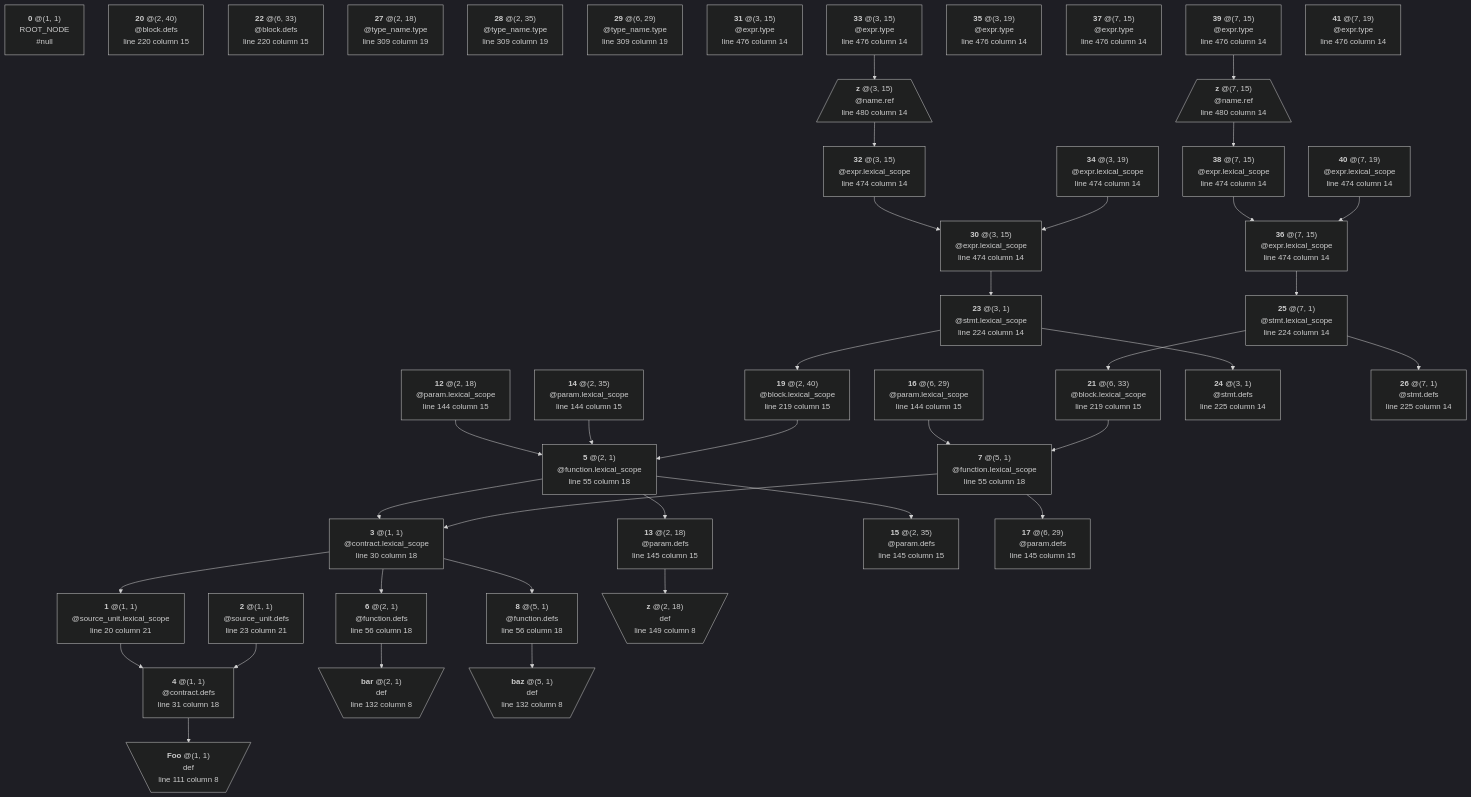
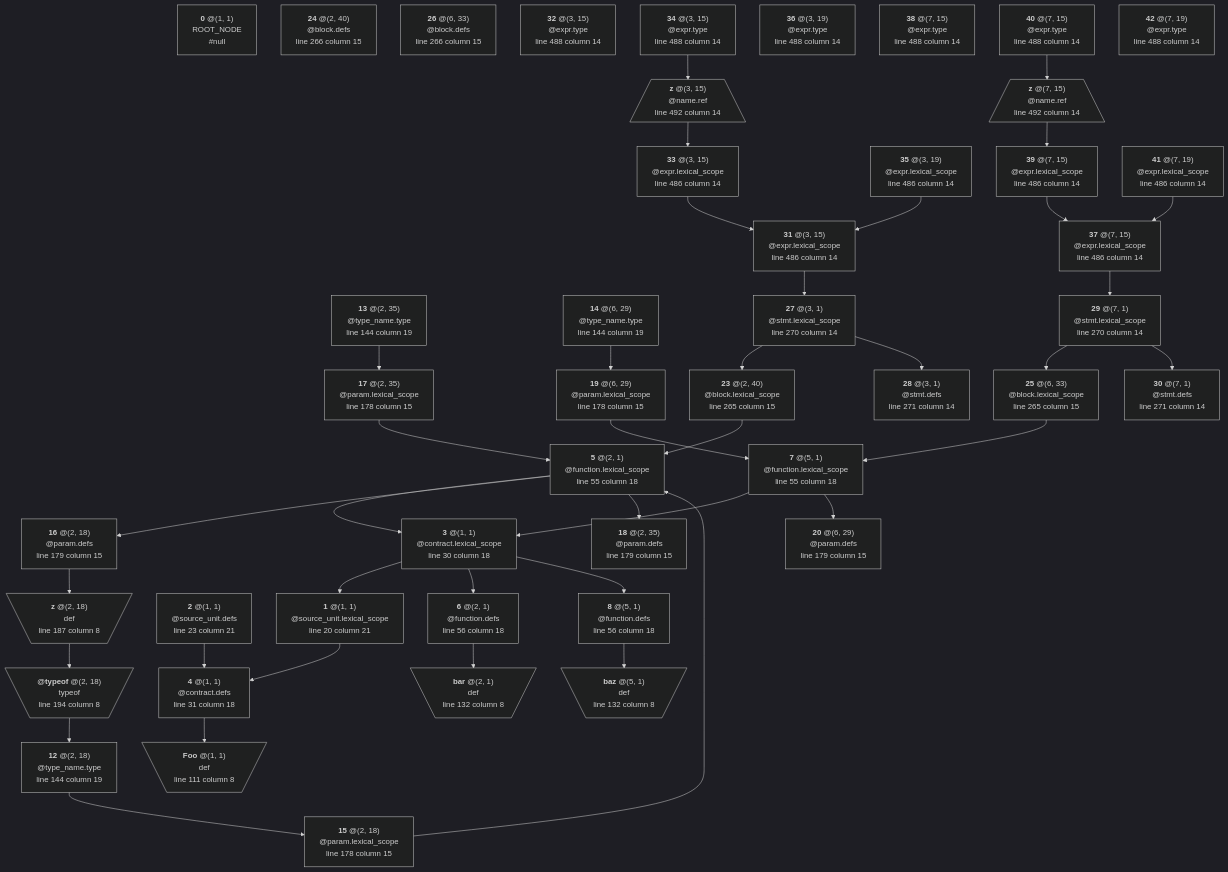
Before and after one commit to manastech/slang: the diagram in crates/solidity/testing/snapshots/bindings_output/lexical/generated/params.sol-0.5.0.mmd, drawn with Mermaid (dark theme). The commit also changed 16 other files, not shown here.

```diff
--- a/crates/solidity/testing/snapshots/bindings_output/lexical/generated/params.sol-0.5.0.mmd
+++ b/crates/solidity/testing/snapshots/bindings_output/lexical/generated/params.sol-0.5.0.mmd
@@ -1,166 +1,174 @@
 graph TD
 	N0["`**0** @(1, 1)
 ROOT_NODE
 #null`"]
 	N1["`**1** @(1, 1)
 @source_unit.lexical_scope
 line 20 column 21`"]
 	N1 --> N4
 	N2["`**2** @(1, 1)
 @source_unit.defs
 line 23 column 21`"]
 	N2 --> N4
 	N3["`**3** @(1, 1)
 @contract.lexical_scope
 line 30 column 18`"]
 	N3 --> N1
 	N3 --> N6
 	N3 --> N8
 	N4["`**4** @(1, 1)
 @contract.defs
 line 31 column 18`"]
 	N4 --> N9
 	N5["`**5** @(2, 1)
 @function.lexical_scope
 line 55 column 18`"]
 	N5 --> N3
-	N5 --> N13
-	N5 --> N15
+	N5 --> N16
+	N5 --> N18
 	N6["`**6** @(2, 1)
 @function.defs
 line 56 column 18`"]
 	N6 --> N10
 	N7["`**7** @(5, 1)
 @function.lexical_scope
 line 55 column 18`"]
 	N7 --> N3
-	N7 --> N17
+	N7 --> N20
 	N8["`**8** @(5, 1)
 @function.defs
 line 56 column 18`"]
 	N8 --> N11
 	N9[\"`**Foo** @(1, 1)
 def
 line 111 column 8`"/]
 	N10[\"`**bar** @(2, 1)
 def
 line 132 column 8`"/]
 	N11[\"`**baz** @(5, 1)
 def
 line 132 column 8`"/]
 	N12["`**12** @(2, 18)
+@type_name.type
+line 144 column 19`"]
+	N12 --> N15
+	N13["`**13** @(2, 35)
+@type_name.type
+line 144 column 19`"]
+	N13 --> N17
+	N14["`**14** @(6, 29)
+@type_name.type
+line 144 column 19`"]
+	N14 --> N19
+	N15["`**15** @(2, 18)
 @param.lexical_scope
-line 144 column 15`"]
-	N12 --> N5
-	N13["`**13** @(2, 18)
+line 178 column 15`"]
+	N15 --> N5
+	N16["`**16** @(2, 18)
 @param.defs
-line 145 column 15`"]
-	N13 --> N18
-	N14["`**14** @(2, 35)
+line 179 column 15`"]
+	N16 --> N21
+	N17["`**17** @(2, 35)
 @param.lexical_scope
-line 144 column 15`"]
-	N14 --> N5
-	N15["`**15** @(2, 35)
+line 178 column 15`"]
+	N17 --> N5
+	N18["`**18** @(2, 35)
 @param.defs
-line 145 column 15`"]
-	N16["`**16** @(6, 29)
+line 179 column 15`"]
+	N19["`**19** @(6, 29)
 @param.lexical_scope
-line 144 column 15`"]
-	N16 --> N7
-	N17["`**17** @(6, 29)
+line 178 column 15`"]
+	N19 --> N7
+	N20["`**20** @(6, 29)
 @param.defs
-line 145 column 15`"]
-	N18[\"`**z** @(2, 18)
+line 179 column 15`"]
+	N21[\"`**z** @(2, 18)
 def
-line 149 column 8`"/]
-	N19["`**19** @(2, 40)
+line 187 column 8`"/]
+	N21 --> N22
+	N22[\"`**@typeof** @(2, 18)
+typeof
+line 194 column 8`"/]
+	N22 --> N12
+	N23["`**23** @(2, 40)
 @block.lexical_scope
-line 219 column 15`"]
-	N19 --> N5
-	N20["`**20** @(2, 40)
+line 265 column 15`"]
+	N23 --> N5
+	N24["`**24** @(2, 40)
 @block.defs
-line 220 column 15`"]
-	N21["`**21** @(6, 33)
+line 266 column 15`"]
+	N25["`**25** @(6, 33)
 @block.lexical_scope
-line 219 column 15`"]
-	N21 --> N7
-	N22["`**22** @(6, 33)
+line 265 column 15`"]
+	N25 --> N7
+	N26["`**26** @(6, 33)
 @block.defs
-line 220 column 15`"]
-	N23["`**23** @(3, 1)
+line 266 column 15`"]
+	N27["`**27** @(3, 1)
 @stmt.lexical_scope
-line 224 column 14`"]
-	N23 --> N19
-	N23 --> N24
-	N24["`**24** @(3, 1)
+line 270 column 14`"]
+	N27 --> N23
+	N27 --> N28
+	N28["`**28** @(3, 1)
 @stmt.defs
-line 225 column 14`"]
-	N25["`**25** @(7, 1)
+line 271 column 14`"]
+	N29["`**29** @(7, 1)
 @stmt.lexical_scope
-line 224 column 14`"]
-	N25 --> N21
-	N25 --> N26
-	N26["`**26** @(7, 1)
+line 270 column 14`"]
+	N29 --> N25
+	N29 --> N30
+	N30["`**30** @(7, 1)
 @stmt.defs
-line 225 column 14`"]
-	N27["`**27** @(2, 18)
-@type_name.type
-line 309 column 19`"]
-	N28["`**28** @(2, 35)
-@type_name.type
-line 309 column 19`"]
-	N29["`**29** @(6, 29)
-@type_name.type
-line 309 column 19`"]
-	N30["`**30** @(3, 15)
+line 271 column 14`"]
+	N31["`**31** @(3, 15)
 @expr.lexical_scope
-line 474 column 14`"]
-	N30 --> N23
-	N31["`**31** @(3, 15)
+line 486 column 14`"]
+	N31 --> N27
+	N32["`**32** @(3, 15)
 @expr.type
-line 476 column 14`"]
-	N32["`**32** @(3, 15)
+line 488 column 14`"]
+	N33["`**33** @(3, 15)
 @expr.lexical_scope
-line 474 column 14`"]
-	N32 --> N30
-	N33["`**33** @(3, 15)
+line 486 column 14`"]
+	N33 --> N31
+	N34["`**34** @(3, 15)
 @expr.type
-line 476 column 14`"]
-	N33 --> N42
-	N34["`**34** @(3, 19)
+line 488 column 14`"]
+	N34 --> N43
+	N35["`**35** @(3, 19)
 @expr.lexical_scope
-line 474 column 14`"]
-	N34 --> N30
-	N35["`**35** @(3, 19)
+line 486 column 14`"]
+	N35 --> N31
+	N36["`**36** @(3, 19)
 @expr.type
-line 476 column 14`"]
-	N36["`**36** @(7, 15)
+line 488 column 14`"]
+	N37["`**37** @(7, 15)
 @expr.lexical_scope
-line 474 column 14`"]
-	N36 --> N25
-	N37["`**37** @(7, 15)
+line 486 column 14`"]
+	N37 --> N29
+	N38["`**38** @(7, 15)
 @expr.type
-line 476 column 14`"]
-	N38["`**38** @(7, 15)
+line 488 column 14`"]
+	N39["`**39** @(7, 15)
 @expr.lexical_scope
-line 474 column 14`"]
-	N38 --> N36
-	N39["`**39** @(7, 15)
+line 486 column 14`"]
+	N39 --> N37
+	N40["`**40** @(7, 15)
 @expr.type
-line 476 column 14`"]
-	N39 --> N43
-	N40["`**40** @(7, 19)
+line 488 column 14`"]
+	N40 --> N44
+	N41["`**41** @(7, 19)
 @expr.lexical_scope
-line 474 column 14`"]
-	N40 --> N36
-	N41["`**41** @(7, 19)
+line 486 column 14`"]
+	N41 --> N37
+	N42["`**42** @(7, 19)
 @expr.type
-line 476 column 14`"]
-	N42[/"`**z** @(3, 15)
+line 488 column 14`"]
+	N43[/"`**z** @(3, 15)
 @name.ref
-line 480 column 14`"\]
-	N42 --> N32
-	N43[/"`**z** @(7, 15)
+line 492 column 14`"\]
+	N43 --> N33
+	N44[/"`**z** @(7, 15)
 @name.ref
-line 480 column 14`"\]
-	N43 --> N38
+line 492 column 14`"\]
+	N44 --> N39
```
